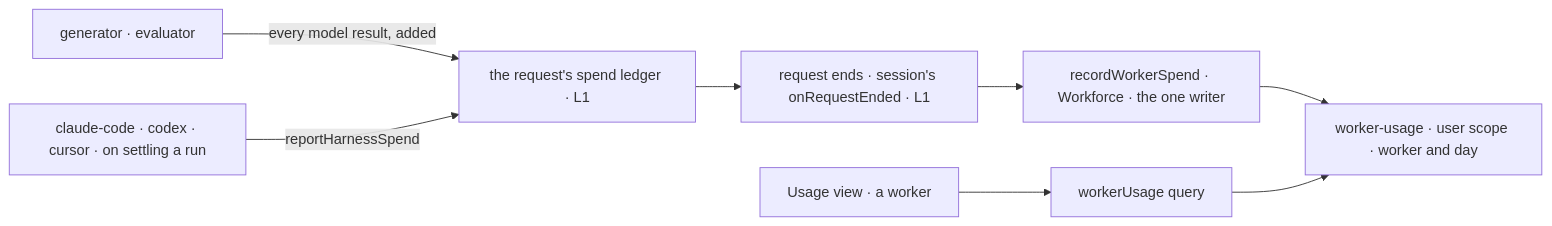
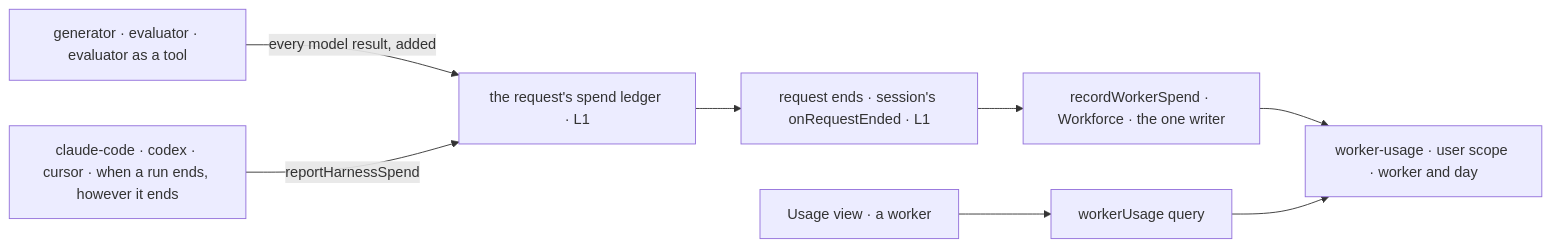
One commit to fixpoint-labs/flow-state-dev changed the second of 2 diagrams in specs/issues/FIX-2145/SPEC.md. Above: the diagram before and after it, drawn with Mermaid. The commit also changed other lines of this file and 2 other files, not shown here.

````diff
--- a/specs/issues/FIX-2145/SPEC.md
+++ b/specs/issues/FIX-2145/SPEC.md
@@ -99,10 +103,10 @@
 ```mermaid
 flowchart LR
-  G["generator · evaluator"] -->|"every model result, added"| L["the request's spend ledger · L1"]
-  H["claude-code · codex · cursor · on settling a run"] -->|"reportHarnessSpend"| L
+  G["generator · evaluator · evaluator as a tool"] -->|"every model result, added"| L["the request's spend ledger · L1"]
+  H["claude-code · codex · cursor · when a run ends, however it ends"] -->|"reportHarnessSpend"| L
   L --> E["request ends · session's onRequestEnded · L1"]
   E --> W["recordWorkerSpend · Workforce · the one writer"]
   W --> C["worker-usage · user scope · worker and day"]
   Q["workerUsage query"] --> C
   V["Usage view · a worker"] --> Q
 ```
````
